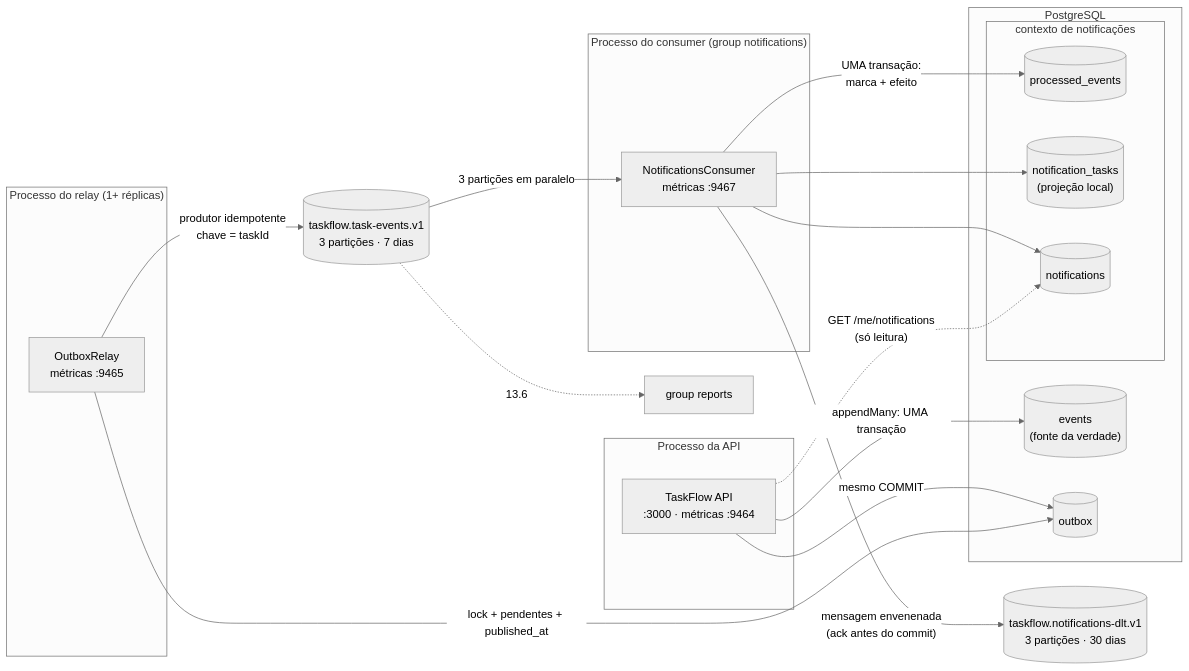
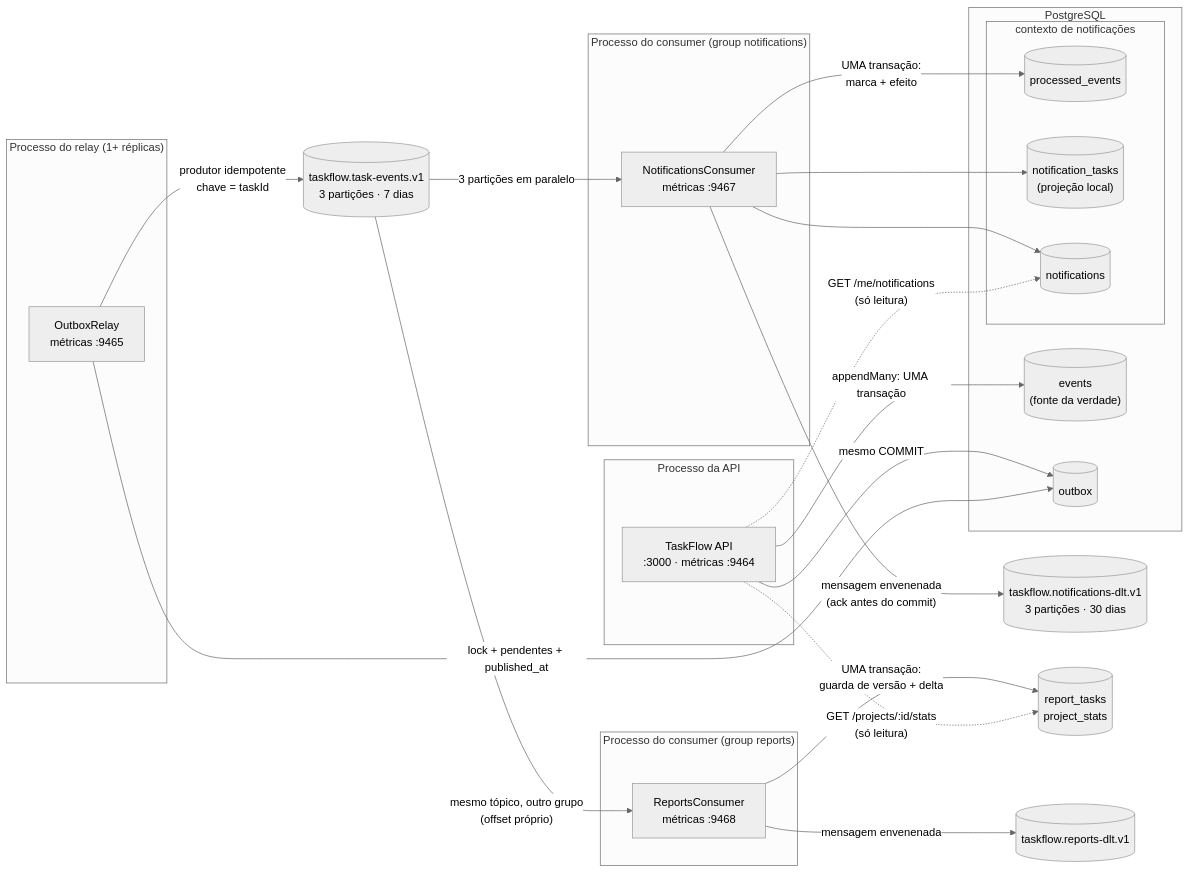
One commit to cassiocidrini/TaskFlow changed the diagram in docs/modules/13-mensageria-kafka.md. Above: the diagram before and after it, drawn with Mermaid (neutral theme). The commit also changed other lines of this file and 36 other files, not shown here.

First line of the commit message:
feat(kafka): consumer group reports com idempotência por versão (13.6a) (#25)

````diff
--- a/docs/modules/13-mensageria-kafka.md
+++ b/docs/modules/13-mensageria-kafka.md
@@ -56,32 +60,38 @@
 ```mermaid
 flowchart LR
     subgraph api["Processo da API"]
         API["TaskFlow API<br/>:3000 · métricas :9464"]
     end
     subgraph pg["PostgreSQL"]
         EV[("events<br/>(fonte da verdade)")]
         OB[("outbox")]
         subgraph nctx["contexto de notificações"]
             PE[("processed_events")]
             NT[("notification_tasks<br/>(projeção local)")]
             NO[("notifications")]
         end
     end
     subgraph relay["Processo do relay (1+ réplicas)"]
         R["OutboxRelay<br/>métricas :9465"]
     end
     subgraph cons["Processo do consumer (group notifications)"]
         C["NotificationsConsumer<br/>métricas :9467"]
     end
     API -->|"appendMany: UMA transação"| EV
     API -->|"mesmo COMMIT"| OB
     R -->|"lock + pendentes + published_at"| OB
     R -->|"produtor idempotente<br/>chave = taskId"| T1[("taskflow.task-events.v1<br/>3 partições · 7 dias")]
     T1 -->|"3 partições em paralelo"| C
     C -->|"mensagem envenenada<br/>(ack antes do commit)"| DLT[("taskflow.notifications-dlt.v1<br/>3 partições · 30 dias")]
     C -->|"UMA transação:<br/>marca + efeito"| PE
     C --> NT
     C --> NO
     API -.->|"GET /me/notifications<br/>(só leitura)"| NO
-    T1 -.->|"13.6"| REP["group reports"]
+    subgraph rep["Processo do consumer (group reports)"]
+        RC["ReportsConsumer<br/>métricas :9468"]
+    end
+    T1 -->|"mesmo tópico, outro grupo<br/>(offset próprio)"| RC
+    RC -->|"UMA transação:<br/>guarda de versão + delta"| RS[("report_tasks<br/>project_stats")]
+    RC -->|"mensagem envenenada"| RDLT[("taskflow.reports-dlt.v1")]
+    API -.->|"GET /projects/:id/stats<br/>(só leitura)"| RS
 ```
````
